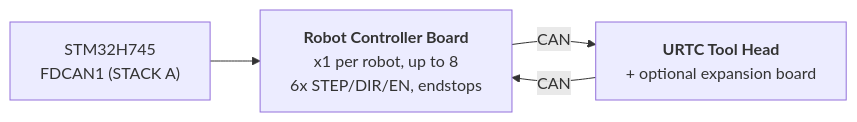
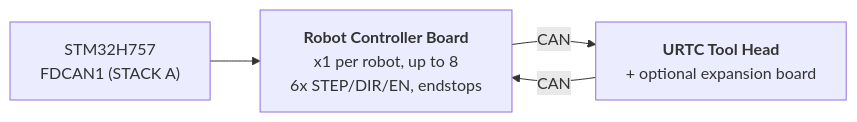
Before and after one commit to JuanenRac/HYDRA-UMC: the second of 2 diagrams in docs/HARDWARE_SPECIFICATION.md, drawn with Mermaid. The commit also changed other lines of this file and 41 other files, not shown here.

````diff
--- a/docs/HARDWARE_SPECIFICATION.md
+++ b/docs/HARDWARE_SPECIFICATION.md
@@ -144,6 +144,6 @@
 ```mermaid
 flowchart LR
-    MCU["STM32H745<br/>FDCAN1 (STACK A)"] --> RCB["<b>Robot Controller Board</b><br/>x1 per robot, up to 8<br/>6x STEP/DIR/EN, endstops"]
+    MCU["STM32H757<br/>FDCAN1 (STACK A)"] --> RCB["<b>Robot Controller Board</b><br/>x1 per robot, up to 8<br/>6x STEP/DIR/EN, endstops"]
     RCB -- CAN --> URTC["<b>URTC Tool Head</b><br/>+ optional expansion board"]
     URTC -- CAN --> RCB
 ```
````
